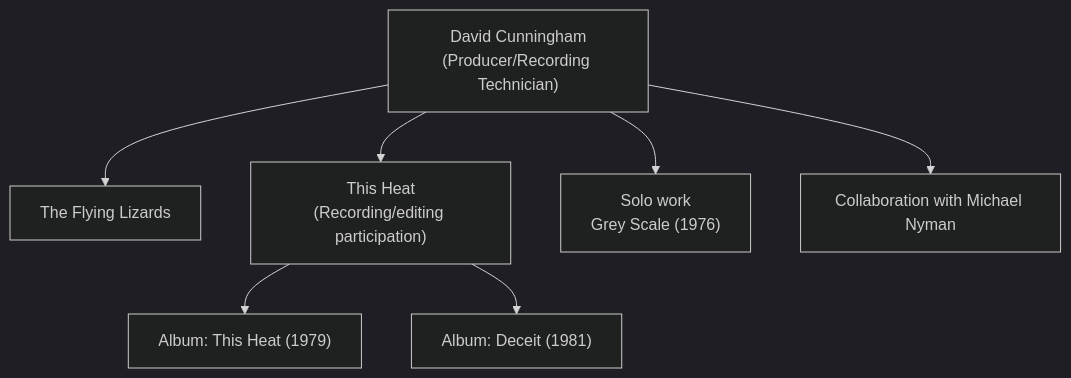
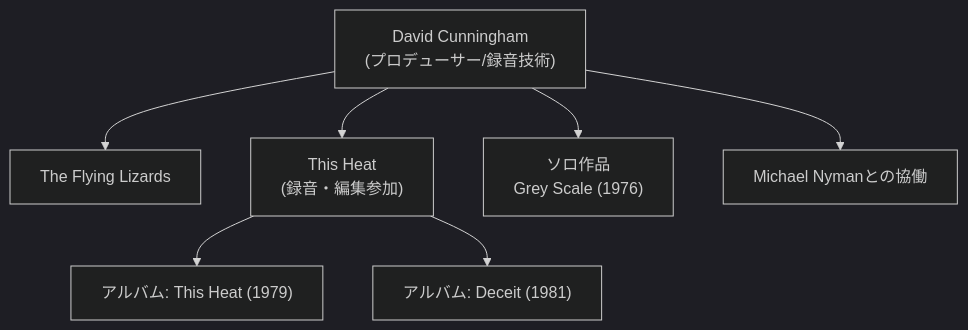
One commit to monumental-movement/monumental-movement.github.io changed the diagram in en/_posts/2025-09-27-Column-David-Cunningham-This-Heat.md. Above: the diagram before and after it, drawn with Mermaid (dark theme). The commit also changed other lines of this file and 1701 other files, not shown here.

```diff
--- a/en/_posts/2025-09-27-Column-David-Cunningham-This-Heat.md
+++ b/en/_posts/2025-09-27-Column-David-Cunningham-This-Heat.md
@@ -163,9 +157,9 @@
 <div class="mermaid">
 flowchart TD
-A["David Cunningham<br>(Producer/Recording Technician)"] --> B["The Flying Lizards"]
-A --> C["This Heat<br>(Recording/editing participation)"]
-C --> D["Album: This Heat (1979)"]
-C --> E["Album: Deceit (1981)"]
-A --> F["Solo work<br>Grey Scale (1976)"]
-A --> G["Collaboration with Michael Nyman"]
+    A["David Cunningham<br>(プロデューサー/録音技術)"] --> B["The Flying Lizards"]
+    A --> C["This Heat<br>(録音・編集参加)"]
+    C --> D["アルバム: This Heat (1979)"]
+    C --> E["アルバム: Deceit (1981)"]
+    A --> F["ソロ作品<br>Grey Scale (1976)"]
+    A --> G["Michael Nymanとの協働"]
 </div>
```
